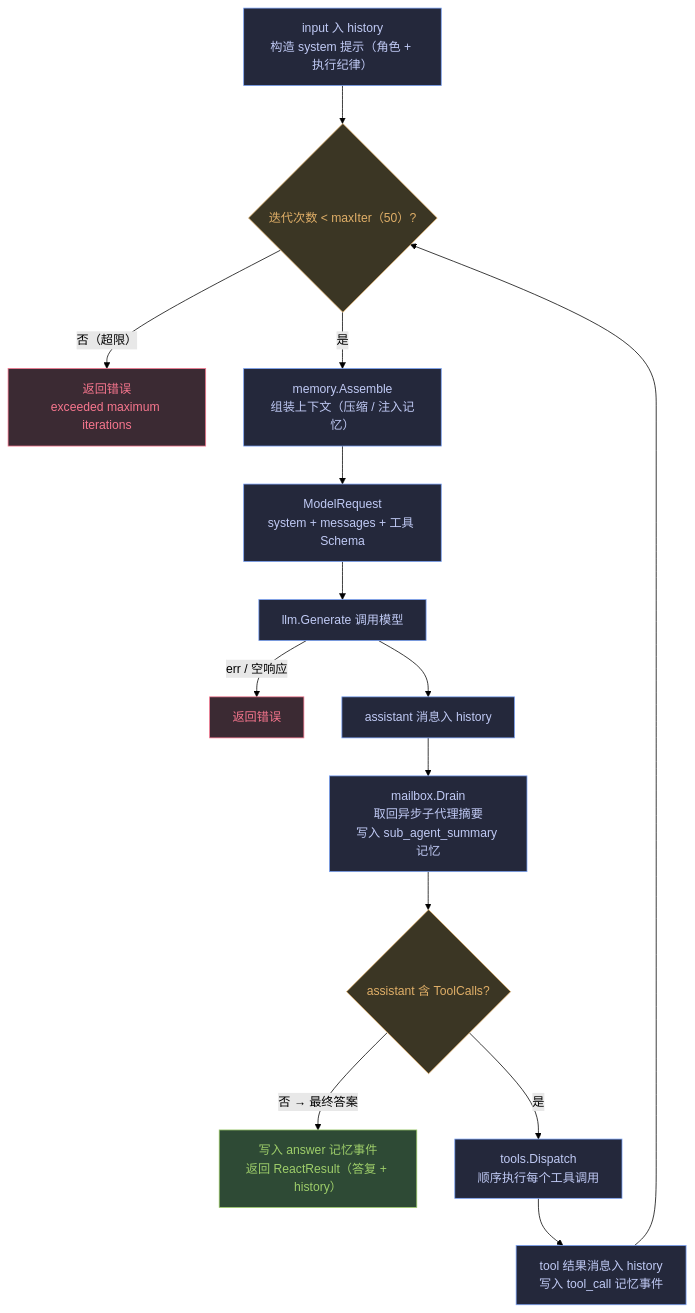
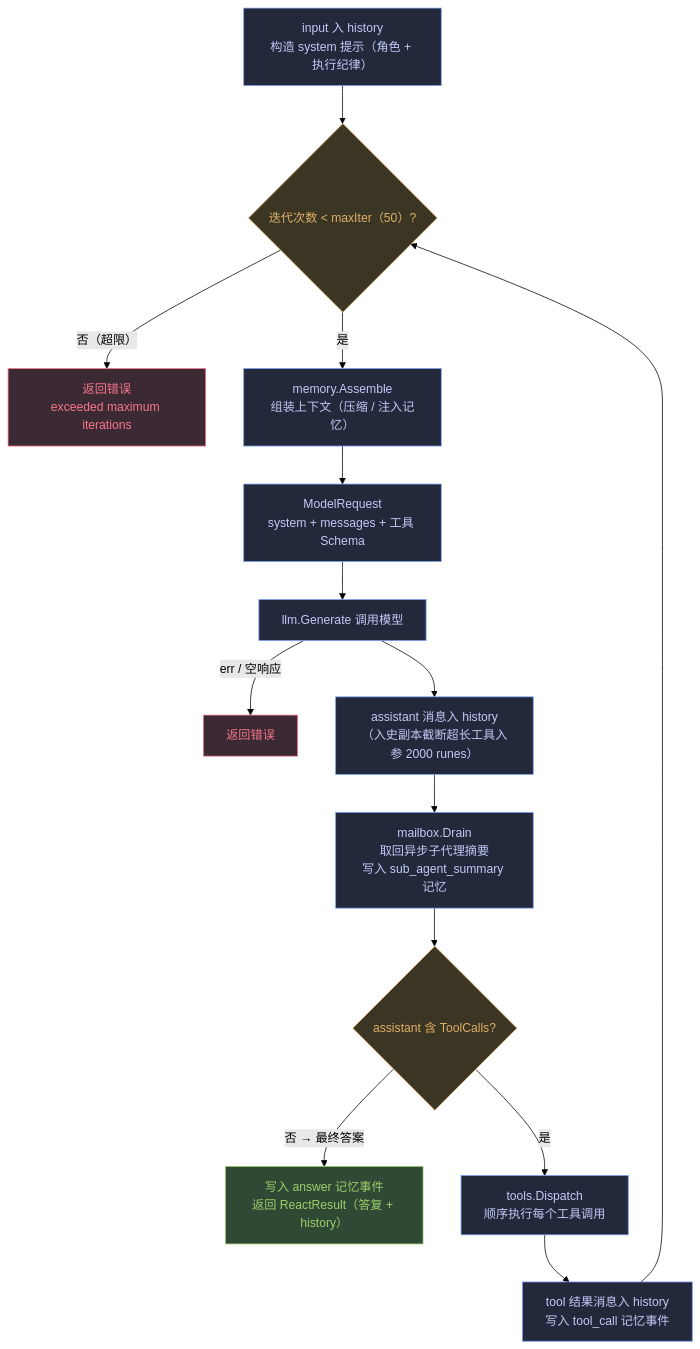
The fourth of 6 diagrams in doc/流程图.md (xxxAndlk/BlockMemoryAgent), drawn with Mermaid (forest theme) before and after one commit. The commit also changed other lines of this file and 19 other files, not shown here.

````diff
--- a/doc/流程图.md
+++ b/doc/流程图.md
@@ -143,25 +143,25 @@
 ```mermaid
 flowchart TD
     IN["input 入 history<br/>构造 system 提示（角色 + 执行纪律）"] --> LOOP{"迭代次数 < maxIter（50）?"}
     LOOP -->|"否（超限）"| MAX["返回错误<br/>exceeded maximum iterations"]
     LOOP -->|"是"| ASM["memory.Assemble<br/>组装上下文（压缩 / 注入记忆）"]
     ASM --> REQ["ModelRequest<br/>system + messages + 工具 Schema"]
     REQ --> GEN["llm.Generate 调用模型"]
     GEN -->|"err / 空响应"| FAIL["返回错误"]
-    GEN --> ASSIST["assistant 消息入 history"]
+    GEN --> ASSIST["assistant 消息入 history<br/>（入史副本截断超长工具入参 2000 runes）"]
     ASSIST --> MBOX["mailbox.Drain<br/>取回异步子代理摘要<br/>写入 sub_agent_summary 记忆"]
     MBOX --> TC{"assistant 含 ToolCalls?"}
     TC -->|"否 → 最终答案"| ANS["写入 answer 记忆事件<br/>返回 ReactResult（答复 + history）"]
     TC -->|"是"| DISP["tools.Dispatch<br/>顺序执行每个工具调用"]
     DISP --> TRES["tool 结果消息入 history<br/>写入 tool_call 记忆事件"]
     TRES --> LOOP
 
     classDef step fill:#24283B,stroke:#7AA2F7,color:#C0CAF5
     classDef decision fill:#3B3624,stroke:#E0AF68,color:#E0AF68
     classDef err fill:#3B2A33,stroke:#F7768E,color:#F7768E
     classDef done fill:#2E4A35,stroke:#9ECE6A,color:#9ECE6A
     class IN,ASM,REQ,GEN,ASSIST,MBOX,DISP,TRES step
     class LOOP,TC decision
     class MAX,FAIL err
     class ANS done
 ```
````
